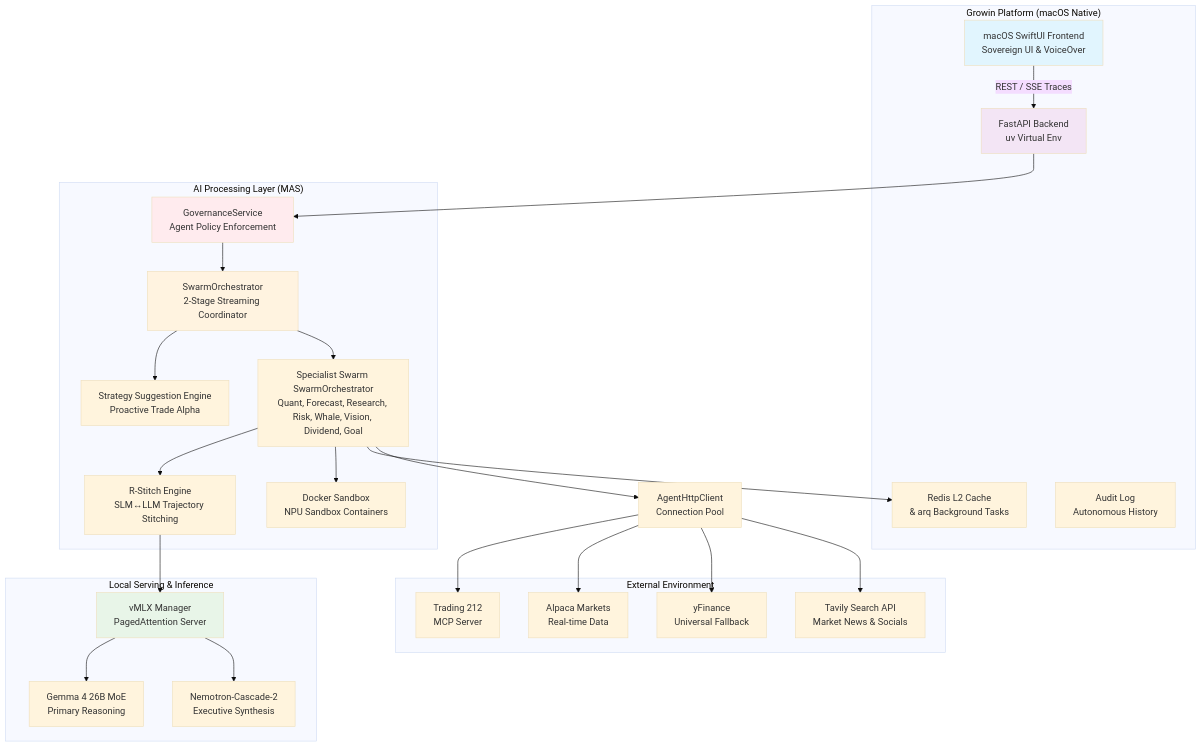
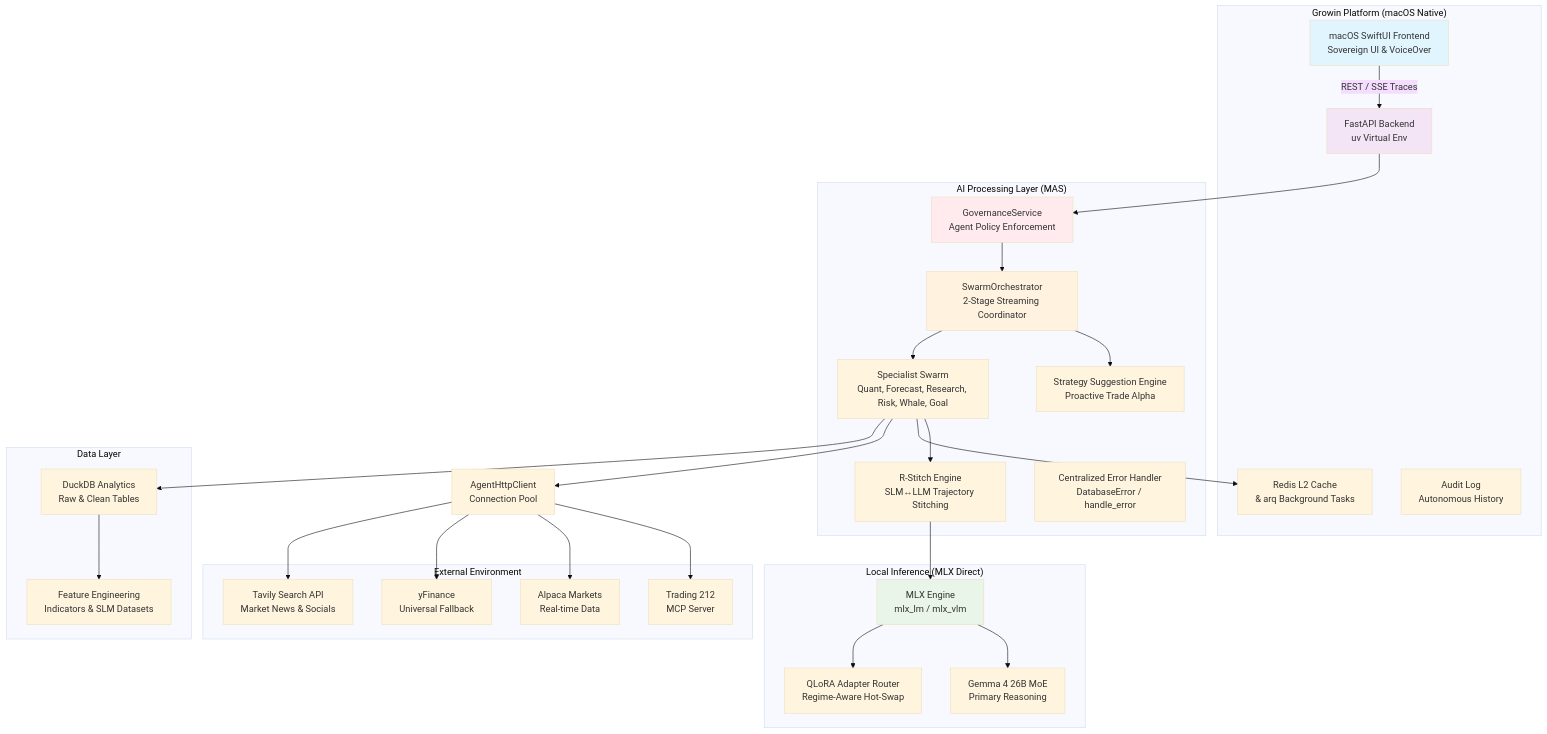
Before and after one commit to sank29mane/growin-app: the diagram in docs/ARCHITECTURE.md, drawn with Mermaid (base theme). The commit also changed other lines of this file and 15 other files, not shown here.

````diff
--- a/docs/ARCHITECTURE.md
+++ b/docs/ARCHITECTURE.md
@@ -15,56 +15,62 @@
 ```mermaid
 graph TB
     subgraph "External Environment"
         T212[Trading 212<br/>MCP Server]
         ALP[Alpaca Markets<br/>Real-time Data]
         YF[yFinance<br/>Universal Fallback]
         NEWS[Tavily Search API<br/>Market News & Socials]
     end
 
     subgraph "Growin Platform (macOS Native)"
         UI[macOS SwiftUI Frontend<br/>Sovereign UI & VoiceOver]
         API[FastAPI Backend<br/>uv Virtual Env]
         REDIS[Redis L2 Cache<br/>& arq Background Tasks]
         AUDIT[Audit Log<br/>Autonomous History]
     end
 
-    subgraph "Local Serving & Inference"
-        VMLX[vMLX Manager<br/>PagedAttention Server]
+    subgraph "Local Inference (MLX Direct)"
+        MLX[MLX Engine<br/>mlx_lm / mlx_vlm]
         GEMMA4[Gemma 4 26B MoE<br/>Primary Reasoning]
-        NEMOTRON[Nemotron-Cascade-2<br/>Executive Synthesis]
+        ADAPT[QLoRA Adapter Router<br/>Regime-Aware Hot-Swap]
     end
 
     subgraph "AI Processing Layer (MAS)"
         GOV[GovernanceService<br/>Agent Policy Enforcement]
         ORCH[SwarmOrchestrator<br/>2-Stage Streaming Coordinator]
         STRAT[Strategy Suggestion Engine<br/>Proactive Trade Alpha]
-        SWARM[Specialist Swarm SwarmOrchestrator<br/>Quant, Forecast, Research, Risk, Whale, Vision, Dividend, Goal]
+        SWARM[Specialist Swarm<br/>Quant, Forecast, Research, Risk, Whale, Goal]
         RSTITCH[R-Stitch Engine<br/>SLM↔LLM Trajectory Stitching]
-        DOCKER[Docker Sandbox<br/>NPU Sandbox Containers]
+        ERR[Centralized Error Handler<br/>DatabaseError / handle_error]
+    end
+
+    subgraph "Data Layer"
+        DUCK[DuckDB Analytics<br/>Raw & Clean Tables]
+        FEAT[Feature Engineering<br/>Indicators & SLM Datasets]
     end
 
     UI -->|REST / SSE Traces| API
     API --> GOV
     GOV --> ORCH
     ORCH --> STRAT
     ORCH --> SWARM
     SWARM --> RSTITCH
-    RSTITCH --> VMLX
-    SWARM --> DOCKER
+    RSTITCH --> MLX
     
-    VMLX --> GEMMA4
-    VMLX --> NEMOTRON
+    MLX --> GEMMA4
+    MLX --> ADAPT
 
     SWARM --> REDIS
     SWARM --> POOL[AgentHttpClient<br/>Connection Pool]
     POOL --> T212
     POOL --> ALP
     POOL --> YF
     POOL --> NEWS
+    SWARM --> DUCK
+    DUCK --> FEAT
     
     style UI fill:#e1f5fe
     style API fill:#f3e5f5
     style ORCH fill:#fff3e0
-    style VMLX fill:#e8f5e8
+    style MLX fill:#e8f5e8
     style GOV fill:#ffebee
 ```
````
